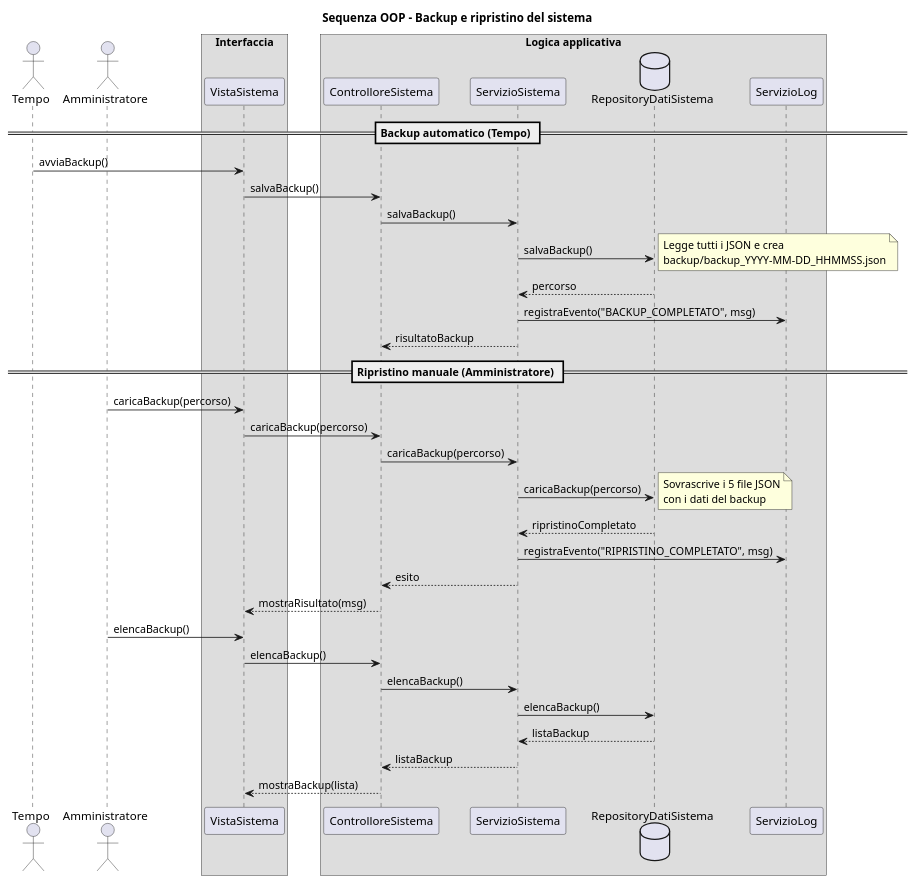
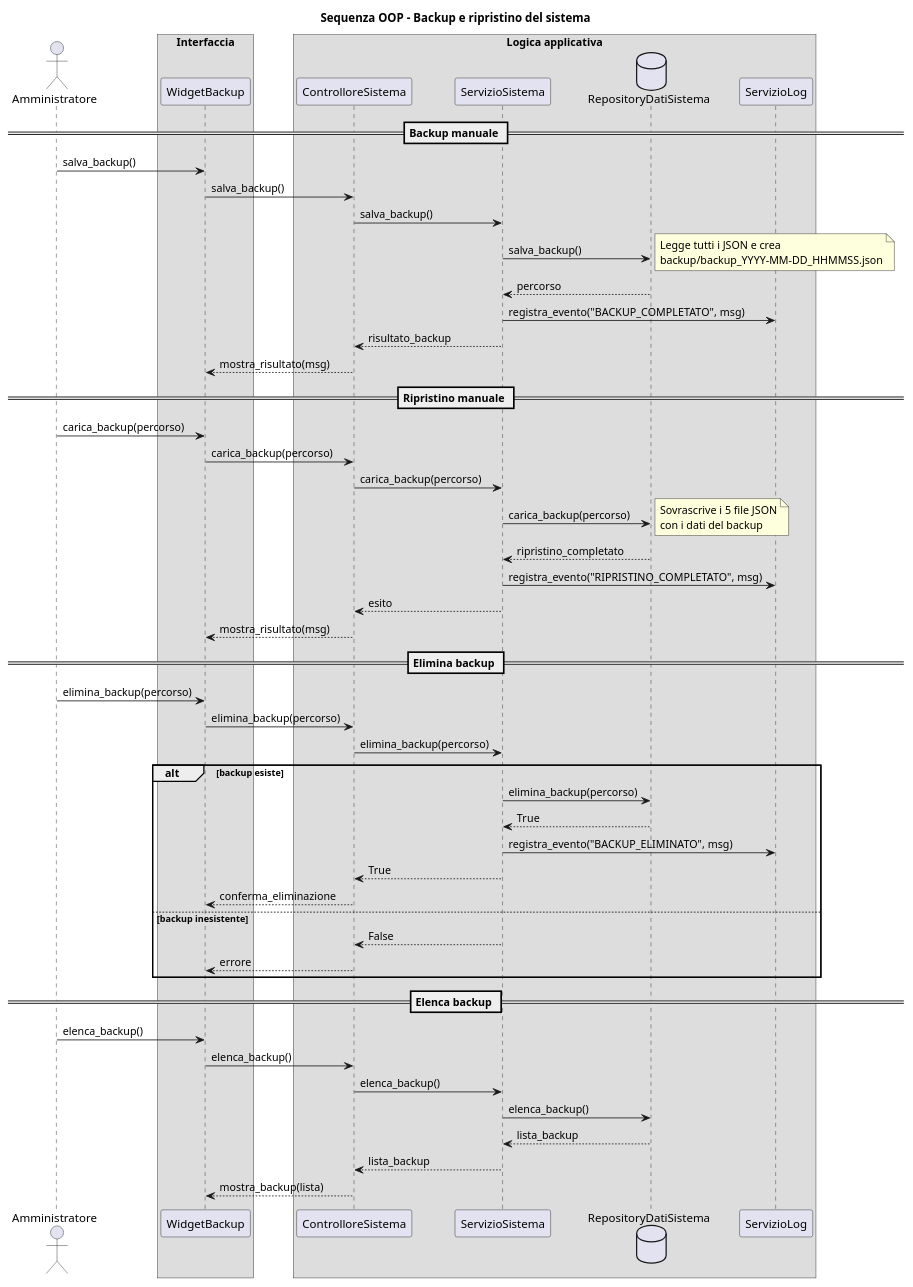
One commit to LapoCremonesi/ingegneria_del_software changed the diagram in diagramma_sequenza/diagramma_sequenza_backup_automatico.puml. Above: the diagram before and after it, drawn with PlantUML. The commit also changed 69 other files, not shown here.

```diff
--- a/diagramma_sequenza/diagramma_sequenza_backup_automatico.puml
+++ b/diagramma_sequenza/diagramma_sequenza_backup_automatico.puml
@@ -1,46 +1,63 @@
 @startuml
 title Sequenza OOP - Backup e ripristino del sistema
 
-actor "Tempo" as Tempo
 actor "Amministratore" as A
 
 box "Interfaccia"
-participant "VistaSistema" as VistaSistema
+participant "WidgetBackup" as WidgetBackup
 end box
 
 box "Logica applicativa"
 participant "ControlloreSistema" as ControlloreSistema
 participant "ServizioSistema" as ServizioSistema
 database "RepositoryDatiSistema" as RepositoryDatiSistema
 participant "ServizioLog" as ServizioLog
 end box
 
-== Backup automatico (Tempo) ==
-Tempo -> VistaSistema : avviaBackup()
-VistaSistema -> ControlloreSistema : salvaBackup()
-ControlloreSistema -> ServizioSistema : salvaBackup()
-ServizioSistema -> RepositoryDatiSistema : salvaBackup()
+== Backup manuale ==
+A -> WidgetBackup : salva_backup()
+WidgetBackup -> ControlloreSistema : salva_backup()
+ControlloreSistema -> ServizioSistema : salva_backup()
+ServizioSistema -> RepositoryDatiSistema : salva_backup()
 note right: Legge tutti i JSON e crea\nbackup/backup_YYYY-MM-DD_HHMMSS.json
 RepositoryDatiSistema --> ServizioSistema : percorso
-ServizioSistema -> ServizioLog : registraEvento("BACKUP_COMPLETATO", msg)
-ServizioSistema --> ControlloreSistema : risultatoBackup
+ServizioSistema -> ServizioLog : registra_evento("BACKUP_COMPLETATO", msg)
+ServizioSistema --> ControlloreSistema : risultato_backup
+ControlloreSistema --> WidgetBackup : mostra_risultato(msg)
 
-== Ripristino manuale (Amministratore) ==
-A -> VistaSistema : caricaBackup(percorso)
-VistaSistema -> ControlloreSistema : caricaBackup(percorso)
-ControlloreSistema -> ServizioSistema : caricaBackup(percorso)
-ServizioSistema -> RepositoryDatiSistema : caricaBackup(percorso)
+== Ripristino manuale ==
+A -> WidgetBackup : carica_backup(percorso)
+WidgetBackup -> ControlloreSistema : carica_backup(percorso)
+ControlloreSistema -> ServizioSistema : carica_backup(percorso)
+ServizioSistema -> RepositoryDatiSistema : carica_backup(percorso)
 note right: Sovrascrive i 5 file JSON\ncon i dati del backup
-RepositoryDatiSistema --> ServizioSistema : ripristinoCompletato
-ServizioSistema -> ServizioLog : registraEvento("RIPRISTINO_COMPLETATO", msg)
+RepositoryDatiSistema --> ServizioSistema : ripristino_completato
+ServizioSistema -> ServizioLog : registra_evento("RIPRISTINO_COMPLETATO", msg)
 ServizioSistema --> ControlloreSistema : esito
-ControlloreSistema --> VistaSistema : mostraRisultato(msg)
+ControlloreSistema --> WidgetBackup : mostra_risultato(msg)
 
-A -> VistaSistema : elencaBackup()
-VistaSistema -> ControlloreSistema : elencaBackup()
-ControlloreSistema -> ServizioSistema : elencaBackup()
-ServizioSistema -> RepositoryDatiSistema : elencaBackup()
-RepositoryDatiSistema --> ServizioSistema : listaBackup
-ServizioSistema --> ControlloreSistema : listaBackup
-ControlloreSistema --> VistaSistema : mostraBackup(lista)
+== Elimina backup ==
+A -> WidgetBackup : elimina_backup(percorso)
+WidgetBackup -> ControlloreSistema : elimina_backup(percorso)
+ControlloreSistema -> ServizioSistema : elimina_backup(percorso)
+
+alt backup esiste
+  ServizioSistema -> RepositoryDatiSistema : elimina_backup(percorso)
+  RepositoryDatiSistema --> ServizioSistema : True
+  ServizioSistema -> ServizioLog : registra_evento("BACKUP_ELIMINATO", msg)
+  ServizioSistema --> ControlloreSistema : True
+  ControlloreSistema --> WidgetBackup : conferma_eliminazione
+else backup inesistente
+  ServizioSistema --> ControlloreSistema : False
+  ControlloreSistema --> WidgetBackup : errore
+end
+
+== Elenca backup ==
+A -> WidgetBackup : elenca_backup()
+WidgetBackup -> ControlloreSistema : elenca_backup()
+ControlloreSistema -> ServizioSistema : elenca_backup()
+ServizioSistema -> RepositoryDatiSistema : elenca_backup()
+RepositoryDatiSistema --> ServizioSistema : lista_backup
+ServizioSistema --> ControlloreSistema : lista_backup
+ControlloreSistema --> WidgetBackup : mostra_backup(lista)
 @enduml
```
